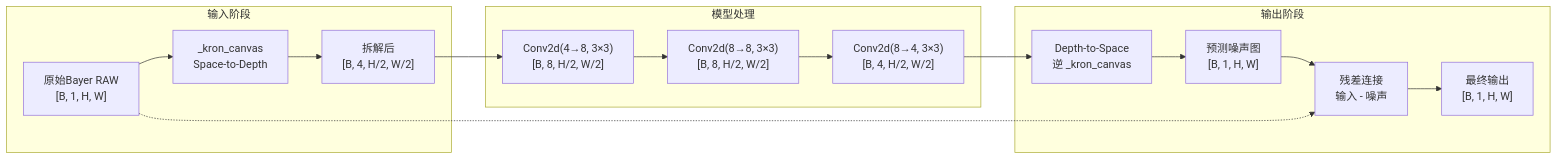
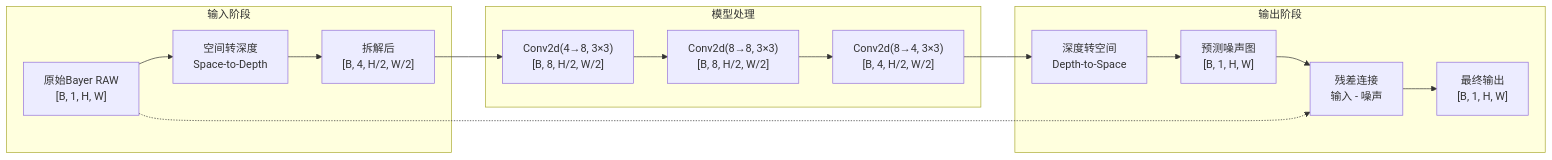
One commit to bluhuang/blogs-of-bluhuang changed the first of 3 diagrams in content/AI/4 深度学习/2.3 Bayer RAW图像的特殊处理.md. Above: the diagram before and after it, drawn with Mermaid. The commit also changed other lines of this file and 58 other files, not shown here.

````diff
--- a/content/AI/4 深度学习/2.3 Bayer RAW图像的特殊处理.md
+++ b/content/AI/4 深度学习/2.3 Bayer RAW图像的特殊处理.md
@@ -116,28 +116,28 @@
 ```mermaid
 flowchart LR
     subgraph 输入阶段
         RAW["原始Bayer RAW<br/>[B, 1, H, W]"]
-        S2D["_kron_canvas<br/>Space-to-Depth"]
+        S2D["空间转深度<br/>Space-to-Depth"]
         F4["拆解后<br/>[B, 4, H/2, W/2]"]
     end
     
     subgraph 模型处理
         C1["Conv2d(4→8, 3×3)<br/>[B, 8, H/2, W/2]"]
         C2["Conv2d(8→8, 3×3)<br/>[B, 8, H/2, W/2]"]
         C3["Conv2d(8→4, 3×3)<br/>[B, 4, H/2, W/2]"]
     end
     
     subgraph 输出阶段
-        D2S["Depth-to-Space<br/>逆 _kron_canvas"]
+        D2S["深度转空间<br/>Depth-to-Space"]
         OUT["预测噪声图<br/>[B, 1, H, W]"]
         SUB["残差连接<br/>输入 - 噪声"]
         FINAL["最终输出<br/>[B, 1, H, W]"]
     end
     
     RAW --> S2D --> F4
     F4 --> C1 --> C2 --> C3
     C3 --> D2S --> OUT
     OUT --> SUB
     RAW -.-> SUB
     SUB --> FINAL
 ```
````
